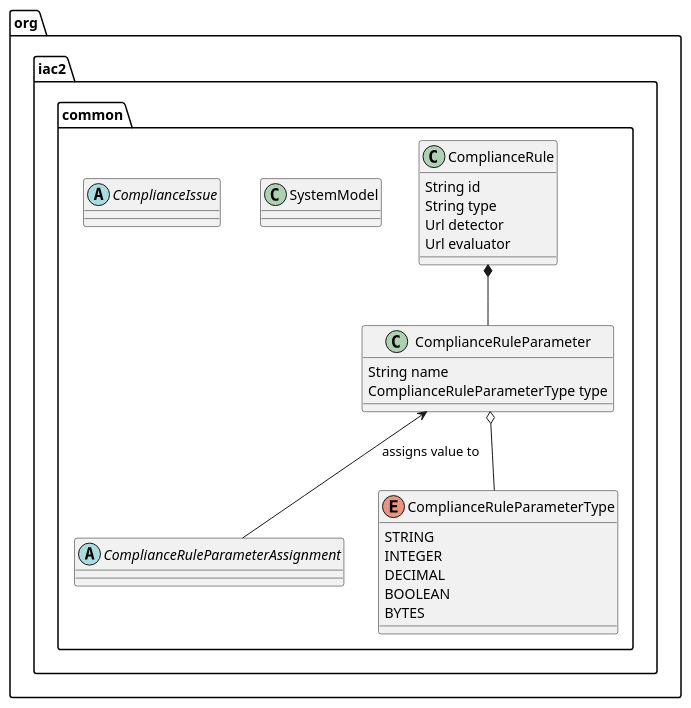
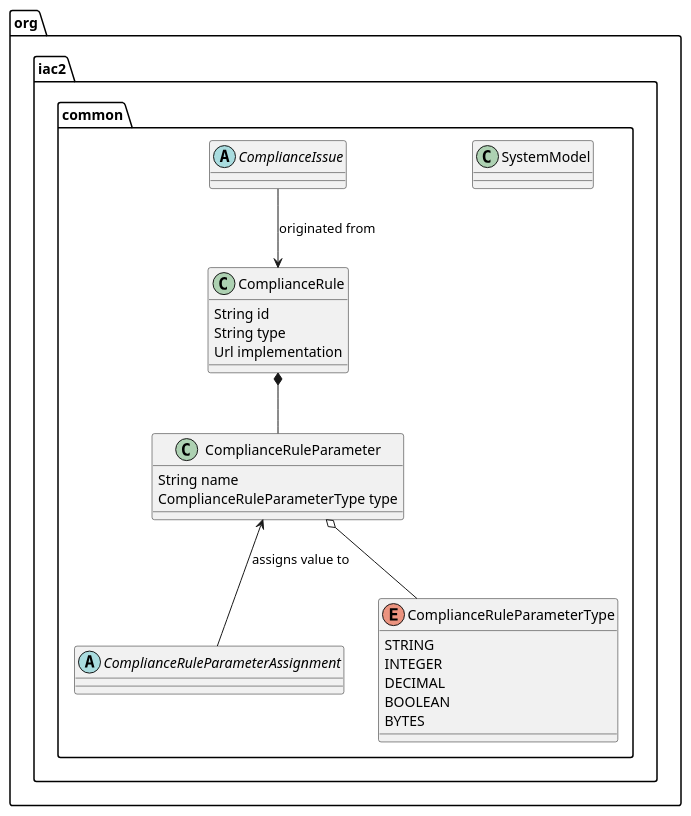
Before and after one commit to IAC2-Project/iacmf: the diagram in src/main/uml/class-diagrams/common-model-cd.puml, drawn with PlantUML. The commit also changed 20 other files, not shown here.

```diff
--- a/src/main/uml/class-diagrams/common-model-cd.puml
+++ b/src/main/uml/class-diagrams/common-model-cd.puml
@@ -1,37 +1,36 @@
 @startuml
 'https://plantuml.com/class-diagram
 
 package org.iac2.common {
     class ComplianceRule {
         String id
         String type
-        Url detector
-        Url evaluator
+        Url implementation
     }
 
     class ComplianceRuleParameter {
         String name
         ComplianceRuleParameterType type
 
     }
 
     abstract class ComplianceRuleParameterAssignment
 
     enum ComplianceRuleParameterType {
         STRING
         INTEGER
         DECIMAL
         BOOLEAN
         BYTES
     }
 
     class SystemModel
     abstract class ComplianceIssue
 }
 
 ComplianceRule *-- ComplianceRuleParameter
 ComplianceRuleParameter o-- ComplianceRuleParameterType
 ComplianceRuleParameter <-- ComplianceRuleParameterAssignment: assigns value to
-
+ComplianceIssue --> ComplianceRule: originated from
 
 @enduml
```
